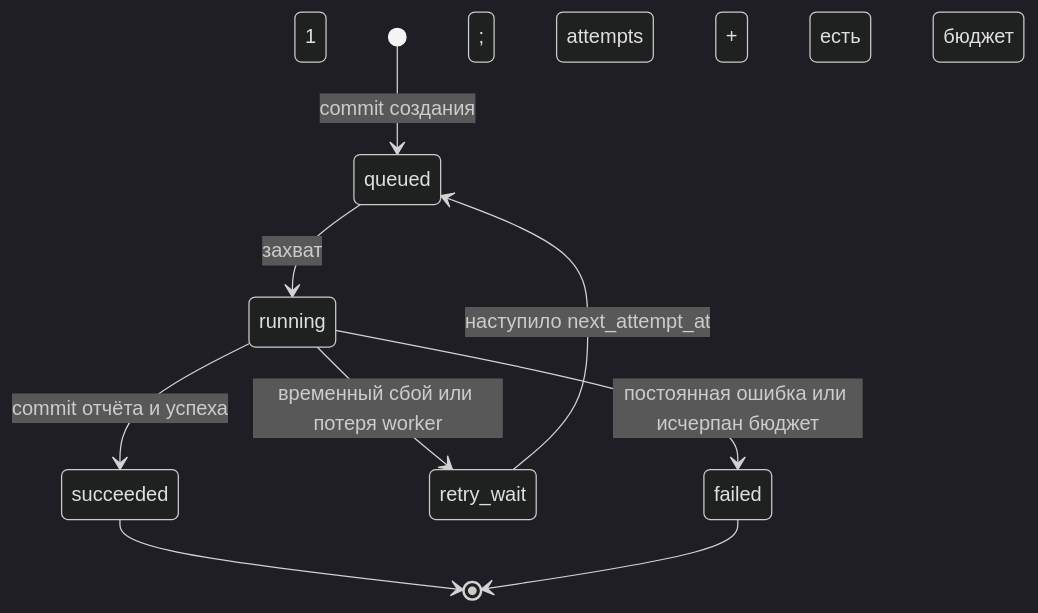
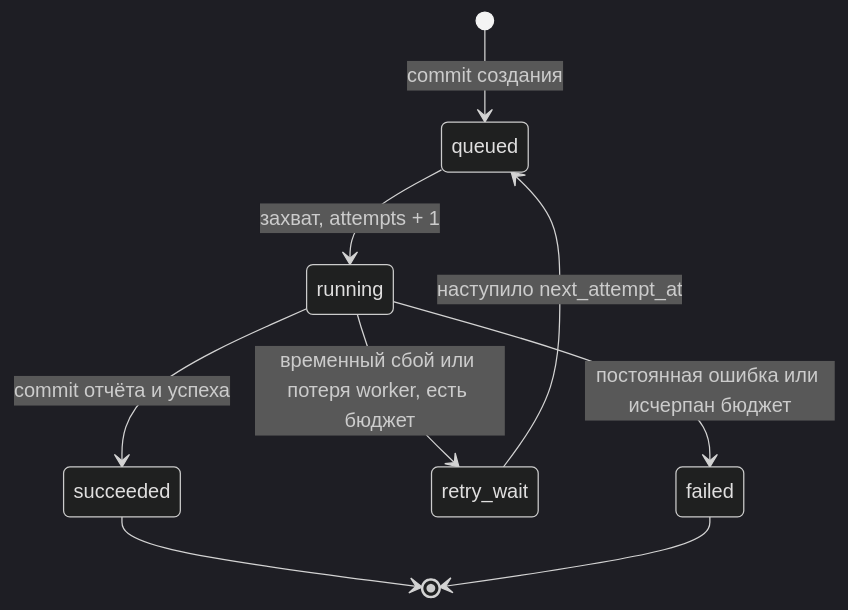
The diagram in docs/job-lifecycle.md (AIProgramIngeneering2026/team-vsemnashim), drawn with Mermaid (dark theme) before and after one commit.

````diff
--- a/docs/job-lifecycle.md
+++ b/docs/job-lifecycle.md
@@ -4,11 +4,11 @@
 ```mermaid
 stateDiagram-v2
     [*] --> queued: commit создания
-    queued --> running: захват; attempts + 1
+    queued --> running: захват, attempts + 1
     running --> succeeded: commit отчёта и успеха
-    running --> retry_wait: временный сбой или потеря worker; есть бюджет
+    running --> retry_wait: временный сбой или потеря worker, есть бюджет
     retry_wait --> queued: наступило next_attempt_at
     running --> failed: постоянная ошибка или исчерпан бюджет
     succeeded --> [*]
     failed --> [*]
 ```
````
